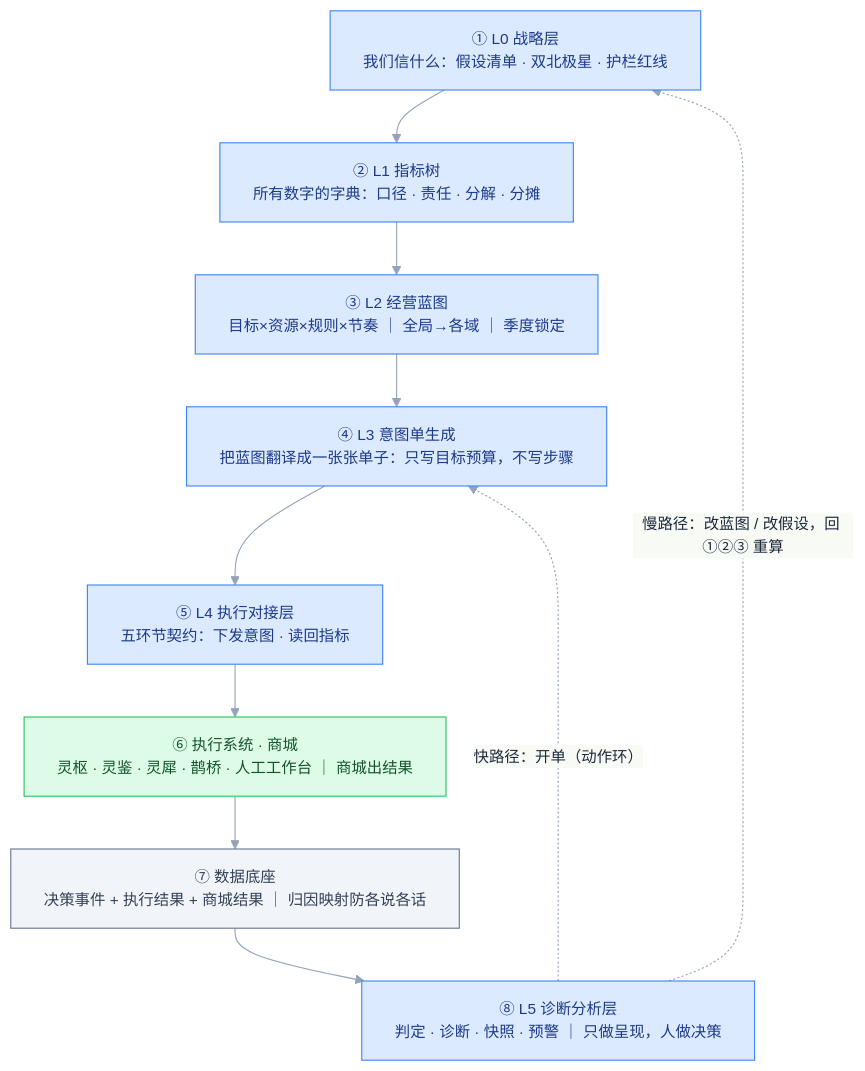
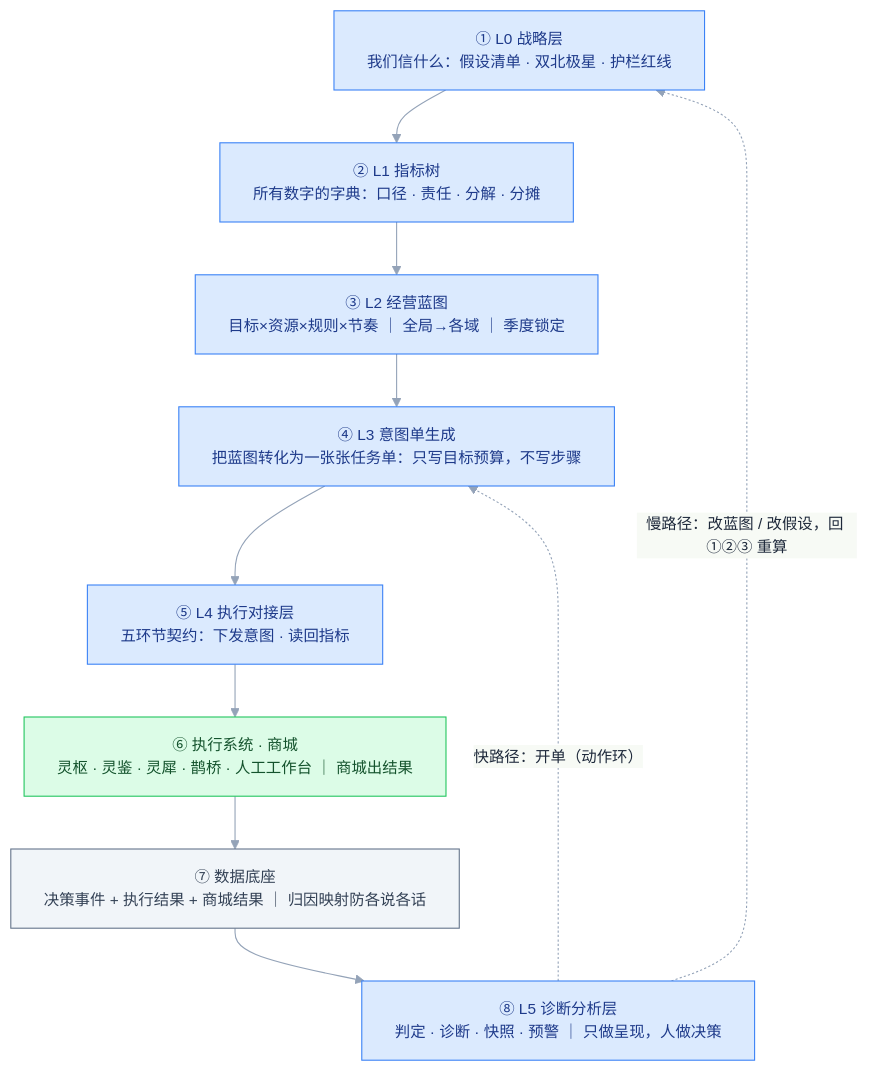
One commit to devlee/ma changed the diagram in docs/全局/灵策总纲.md. Above: the diagram before and after it, drawn with Mermaid. The commit also changed other lines of this file and 1 other file, not shown here.

````diff
--- a/docs/全局/灵策总纲.md
+++ b/docs/全局/灵策总纲.md
@@ -21,28 +21,28 @@
 ```mermaid
 %%{init: {"theme": "base", "themeVariables": {"fontSize": "14px", "primaryColor": "#f5f7fa", "primaryBorderColor": "#94a3b8", "primaryTextColor": "#1e293b", "lineColor": "#94a3b8"}, "flowchart": {"wrappingWidth": 360, "nodeSpacing": 30, "rankSpacing": 48}}}%%
 flowchart TB
   A["① L0 战略层
 我们信什么：假设清单 · 双北极星 · 护栏红线"]:::layer
   B["② L1 指标树
 所有数字的字典：口径 · 责任 · 分解 · 分摊"]:::layer
   C["③ L2 经营蓝图
 目标×资源×规则×节奏 ｜ 全局→各域 ｜ 季度锁定"]:::layer
   D["④ L3 意图单生成
-把蓝图翻译成一张张单子：只写目标预算，不写步骤"]:::layer
+把蓝图转化为一张张任务单：只写目标预算，不写步骤"]:::layer
   E["⑤ L4 执行对接层
 五环节契约：下发意图 · 读回指标"]:::layer
   F["⑥ 执行系统 · 商城
 灵枢 · 灵鉴 · 灵犀 · 鹊桥 · 人工工作台 ｜ 商城出结果"]:::exec
   G["⑦ 数据底座
 决策事件 + 执行结果 + 商城结果 ｜ 归因映射防各说各话"]:::data
   H["⑧ L5 诊断分析层
 判定 · 诊断 · 快照 · 预警 ｜ 只做呈现，人做决策"]:::layer
 
   A --> B --> C --> D --> E --> F --> G --> H
   H -. 快路径：开单（动作环） .-> D
   H -. 慢路径：改蓝图 / 改假设，回 ①②③ 重算 .-> A
 
   classDef layer fill:#dbeafe,stroke:#3b82f6,color:#1e3a8a
   classDef exec fill:#dcfce7,stroke:#22c55e,color:#14532d
   classDef data fill:#f1f5f9,stroke:#64748b,color:#334155
 ```
````
